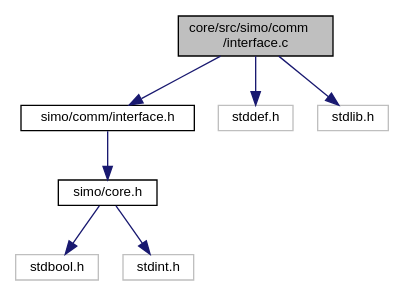
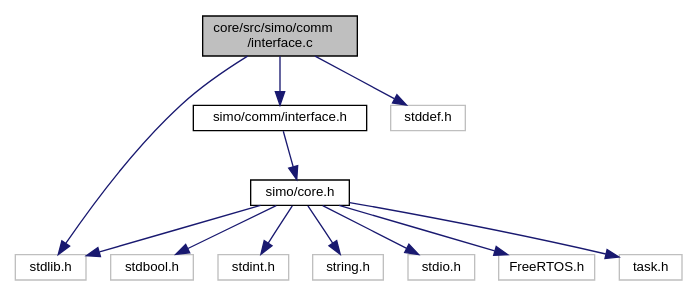
The diagram in docs/interface_8c__incl.dot (Germanvelardez2018/simo.v2), drawn with Graphviz before and after one commit. The commit also changed 212 other files, not shown here.

```diff
--- a/docs/interface_8c__incl.dot
+++ b/docs/interface_8c__incl.dot
@@ -1,19 +1,28 @@
 digraph "core/src/simo/comm/interface.c"
 {
  // LATEX_PDF_SIZE
   edge [fontname="Helvetica",fontsize="10",labelfontname="Helvetica",labelfontsize="10"];
   node [fontname="Helvetica",fontsize="10",shape=record];
   Node1 [label="core/src/simo/comm\l/interface.c",height=0.2,width=0.4,color="black", fillcolor="grey75", style="filled", fontcolor="black",tooltip="Implementacion del interfacez para abstraer hardware."];
   Node1 -> Node2 [color="midnightblue",fontsize="10",style="solid",fontname="Helvetica"];
   Node2 [label="simo/comm/interface.h",height=0.2,width=0.4,color="black", fillcolor="white", style="filled",URL="$interface_8h.html",tooltip="Interfaz para manejar separar el hardware del los objetos comm."];
   Node2 -> Node3 [color="midnightblue",fontsize="10",style="solid",fontname="Helvetica"];
   Node3 [label="simo/core.h",height=0.2,width=0.4,color="black", fillcolor="white", style="filled",URL="$core_8h.html",tooltip="Core de la aplicacion. En este archivo van elementos indispensables para la aplicacion...."];
   Node3 -> Node4 [color="midnightblue",fontsize="10",style="solid",fontname="Helvetica"];
   Node4 [label="stdbool.h",height=0.2,width=0.4,color="grey75", fillcolor="white", style="filled",tooltip=" "];
   Node3 -> Node5 [color="midnightblue",fontsize="10",style="solid",fontname="Helvetica"];
   Node5 [label="stdint.h",height=0.2,width=0.4,color="grey75", fillcolor="white", style="filled",tooltip=" "];
+  Node3 -> Node6 [color="midnightblue",fontsize="10",style="solid",fontname="Helvetica"];
+  Node6 [label="stdlib.h",height=0.2,width=0.4,color="grey75", fillcolor="white", style="filled",tooltip=" "];
+  Node3 -> Node7 [color="midnightblue",fontsize="10",style="solid",fontname="Helvetica"];
+  Node7 [label="string.h",height=0.2,width=0.4,color="grey75", fillcolor="white", style="filled",tooltip=" "];
+  Node3 -> Node8 [color="midnightblue",fontsize="10",style="solid",fontname="Helvetica"];
+  Node8 [label="stdio.h",height=0.2,width=0.4,color="grey75", fillcolor="white", style="filled",tooltip=" "];
+  Node3 -> Node9 [color="midnightblue",fontsize="10",style="solid",fontname="Helvetica"];
+  Node9 [label="FreeRTOS.h",height=0.2,width=0.4,color="grey75", fillcolor="white", style="filled",tooltip=" "];
+  Node3 -> Node10 [color="midnightblue",fontsize="10",style="solid",fontname="Helvetica"];
+  Node10 [label="task.h",height=0.2,width=0.4,color="grey75", fillcolor="white", style="filled",tooltip=" "];
+  Node1 -> Node11 [color="midnightblue",fontsize="10",style="solid",fontname="Helvetica"];
+  Node11 [label="stddef.h",height=0.2,width=0.4,color="grey75", fillcolor="white", style="filled",tooltip=" "];
   Node1 -> Node6 [color="midnightblue",fontsize="10",style="solid",fontname="Helvetica"];
-  Node6 [label="stddef.h",height=0.2,width=0.4,color="grey75", fillcolor="white", style="filled",tooltip=" "];
-  Node1 -> Node7 [color="midnightblue",fontsize="10",style="solid",fontname="Helvetica"];
-  Node7 [label="stdlib.h",height=0.2,width=0.4,color="grey75", fillcolor="white", style="filled",tooltip=" "];
 }
```
